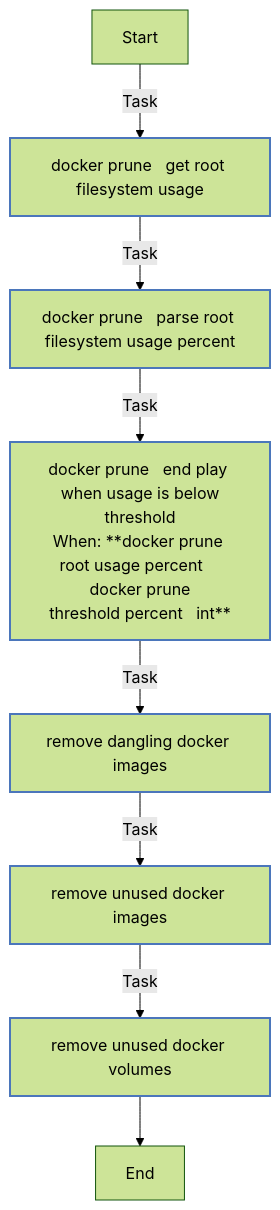
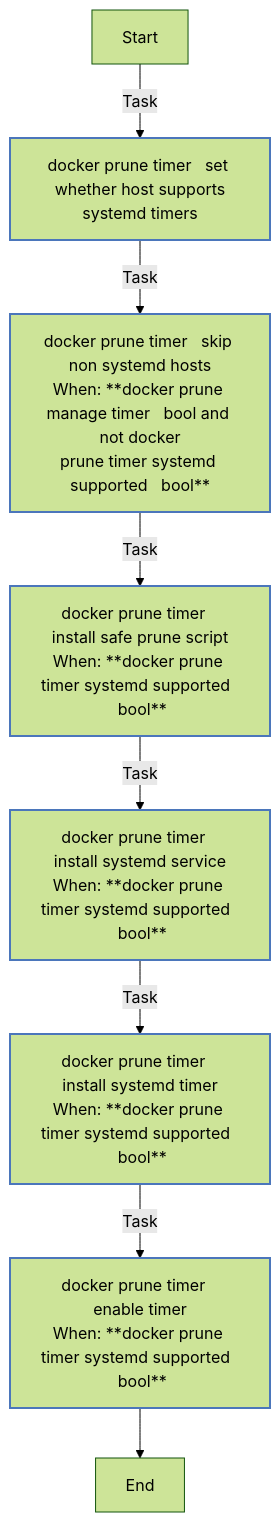
The fourth of 6 diagrams in ansible/roles/docker/README.md (Lebowski89/homelab), drawn with Mermaid (forest theme) before and after one commit. The commit also changed other lines of this file and 7 other files, not shown here.

Commit message:
feat(docker): add prune timer and Unraid user script tasks

````diff
--- a/ansible/roles/docker/README.md
+++ b/ansible/roles/docker/README.md
@@ -168,20 +252,20 @@
 ```mermaid
 flowchart TD
 Start
 classDef block stroke:#3498db,stroke-width:2px;
 classDef task stroke:#4b76bb,stroke-width:2px;
 classDef includeTasks stroke:#16a085,stroke-width:2px;
 classDef importTasks stroke:#34495e,stroke-width:2px;
 classDef includeRole stroke:#2980b9,stroke-width:2px;
 classDef importRole stroke:#699ba7,stroke-width:2px;
 classDef includeVars stroke:#8e44ad,stroke-width:2px;
 classDef rescue stroke:#665352,stroke-width:2px;
 
-  Start-->|Task| Docker_prune___Get_root_filesystem_usage0[docker prune   get root filesystem usage]:::task
-  Docker_prune___Get_root_filesystem_usage0-->|Task| Docker_prune___Parse_root_filesystem_usage_percent1[docker prune   parse root filesystem usage percent]:::task
-  Docker_prune___Parse_root_filesystem_usage_percent1-->|Task| Docker_prune___End_play_when_usage_is_below_threshold2[docker prune   end play when usage is below<br>threshold<br>When: **docker prune root usage percent    docker prune<br>threshold percent   int**]:::task
-  Docker_prune___End_play_when_usage_is_below_threshold2-->|Task| Remove_dangling_Docker_images3[remove dangling docker images]:::task
-  Remove_dangling_Docker_images3-->|Task| Remove_unused_Docker_images4[remove unused docker images]:::task
-  Remove_unused_Docker_images4-->|Task| Remove_unused_Docker_volumes5[remove unused docker volumes]:::task
-  Remove_unused_Docker_volumes5-->End
+  Start-->|Task| Docker_prune_timer___Set_whether_host_supports_systemd_timers0[docker prune timer   set whether host supports<br>systemd timers]:::task
+  Docker_prune_timer___Set_whether_host_supports_systemd_timers0-->|Task| Docker_prune_timer___Skip_non_systemd_hosts1[docker prune timer   skip non systemd hosts<br>When: **docker prune manage timer   bool and not docker<br>prune timer systemd supported   bool**]:::task
+  Docker_prune_timer___Skip_non_systemd_hosts1-->|Task| Docker_prune_timer___Install_safe_prune_script2[docker prune timer   install safe prune script<br>When: **docker prune timer systemd supported   bool**]:::task
+  Docker_prune_timer___Install_safe_prune_script2-->|Task| Docker_prune_timer___Install_systemd_service3[docker prune timer   install systemd service<br>When: **docker prune timer systemd supported   bool**]:::task
+  Docker_prune_timer___Install_systemd_service3-->|Task| Docker_prune_timer___Install_systemd_timer4[docker prune timer   install systemd timer<br>When: **docker prune timer systemd supported   bool**]:::task
+  Docker_prune_timer___Install_systemd_timer4-->|Task| Docker_prune_timer___Enable_timer5[docker prune timer   enable timer<br>When: **docker prune timer systemd supported   bool**]:::task
+  Docker_prune_timer___Enable_timer5-->End
 ```
````
